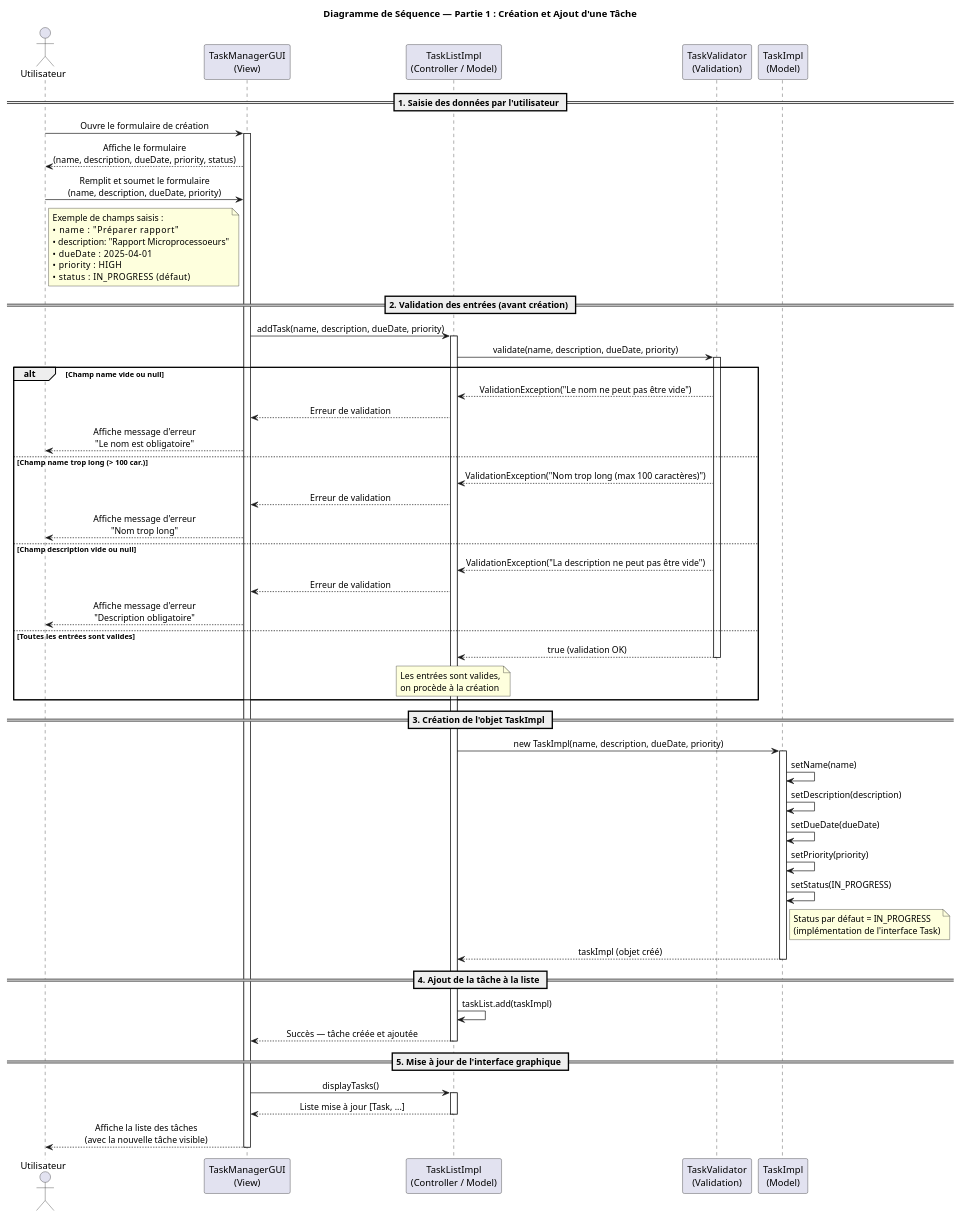
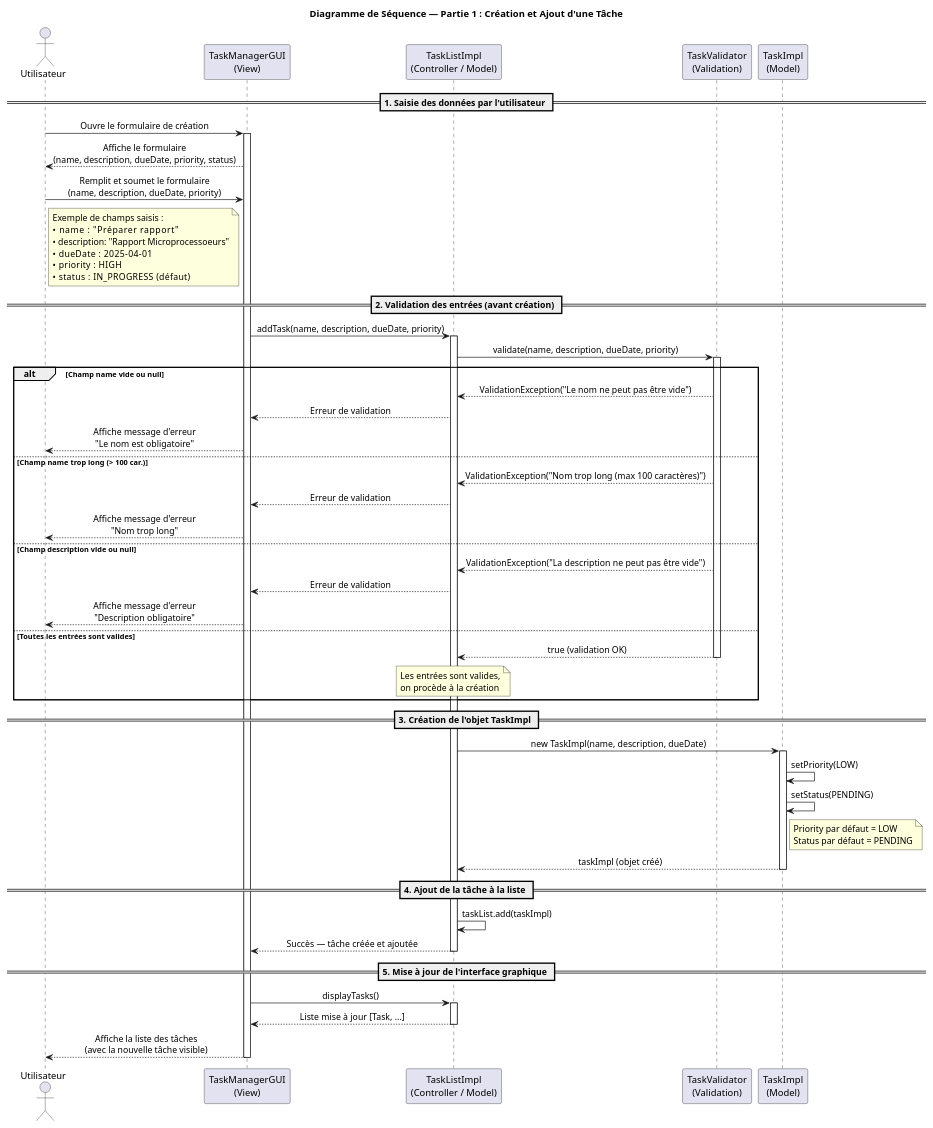
One commit to Julien3556/Gestionnaire_de_taches changed the diagram in sequence_diagram_partie1.puml. Above: the diagram before and after it, drawn with PlantUML. The commit also changed 5 other files, not shown here.

```diff
--- a/sequence_diagram_partie1.puml
+++ b/sequence_diagram_partie1.puml
@@ -1,93 +1,90 @@
-@startuml DiagrammeSequencePartie1
+@startuml DiagrammeSequence_Partie1
 title Diagramme de Séquence — Partie 1 : Création et Ajout d'une Tâche
 
 skinparam sequenceMessageAlign center
 skinparam responseMessageBelowArrow true
 
 actor "Utilisateur" as User
 
 participant "TaskManagerGUI\n(View)" as GUI
 participant "TaskListImpl\n(Controller / Model)" as TLI
 participant "TaskValidator\n(Validation)" as VAL
 participant "TaskImpl\n(Model)" as TASK
 
 == 1. Saisie des données par l'utilisateur ==
 
 User -> GUI : Ouvre le formulaire de création
 activate GUI
 
 GUI --> User : Affiche le formulaire\n(name, description, dueDate, priority, status)
 
 User -> GUI : Remplit et soumet le formulaire\n(name, description, dueDate, priority)
 note right of User
   Exemple de champs saisis :
   • name       : "Préparer rapport"
   • description: "Rapport Microprocessoeurs"
   • dueDate    : 2025-04-01
   • priority   : HIGH
   • status     : IN_PROGRESS (défaut)
 end note
 
 == 2. Validation des entrées (avant création) ==
 
 GUI -> TLI : addTask(name, description, dueDate, priority)
 activate TLI
 
 TLI -> VAL : validate(name, description, dueDate, priority)
 activate VAL
 
 alt Champ name vide ou null
     VAL --> TLI : ValidationException("Le nom ne peut pas être vide")
     TLI --> GUI : Erreur de validation
     GUI --> User : Affiche message d'erreur\n"Le nom est obligatoire"
 else Champ name trop long (> 100 car.)
     VAL --> TLI : ValidationException("Nom trop long (max 100 caractères)")
     TLI --> GUI : Erreur de validation
     GUI --> User : Affiche message d'erreur\n"Nom trop long"
 else Champ description vide ou null
     VAL --> TLI : ValidationException("La description ne peut pas être vide")
     TLI --> GUI : Erreur de validation
     GUI --> User : Affiche message d'erreur\n"Description obligatoire"
 else Toutes les entrées sont valides
     VAL --> TLI : true (validation OK)
     deactivate VAL
     note over TLI : Les entrées sont valides,\non procède à la création
 end
 
 == 3. Création de l'objet TaskImpl ==
 
-TLI -> TASK : new TaskImpl(name, description, dueDate, priority)
+TLI -> TASK : new TaskImpl(name, description, dueDate)
 activate TASK
 
-TASK -> TASK : setName(name)
-TASK -> TASK : setDescription(description)
-TASK -> TASK : setDueDate(dueDate)
-TASK -> TASK : setPriority(priority)
-TASK -> TASK : setStatus(IN_PROGRESS)
+TASK -> TASK : setPriority(LOW)
+TASK -> TASK : setStatus(PENDING)
 note right of TASK
-  Status par défaut = IN_PROGRESS
-  (implémentation de l'interface Task)
+  Priority par défaut = LOW
+  Status par défaut = PENDING
 end note
 
 TASK --> TLI : taskImpl (objet créé)
 deactivate TASK
 
 == 4. Ajout de la tâche à la liste ==
 
 TLI -> TLI : taskList.add(taskImpl)
 
 
 TLI --> GUI : Succès — tâche créée et ajoutée
 deactivate TLI
 
 == 5. Mise à jour de l'interface graphique ==
 
 GUI -> TLI : displayTasks()
 activate TLI
 TLI --> GUI : Liste mise à jour [Task, ...]
 deactivate TLI
 
 GUI --> User : Affiche la liste des tâches\n(avec la nouvelle tâche visible)
 deactivate GUI
 
 @enduml
```
